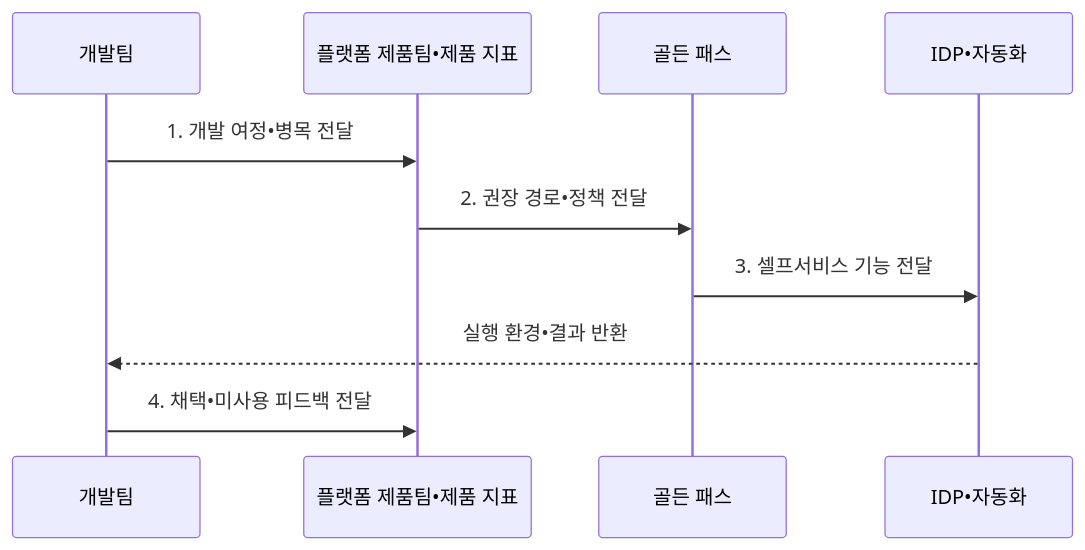
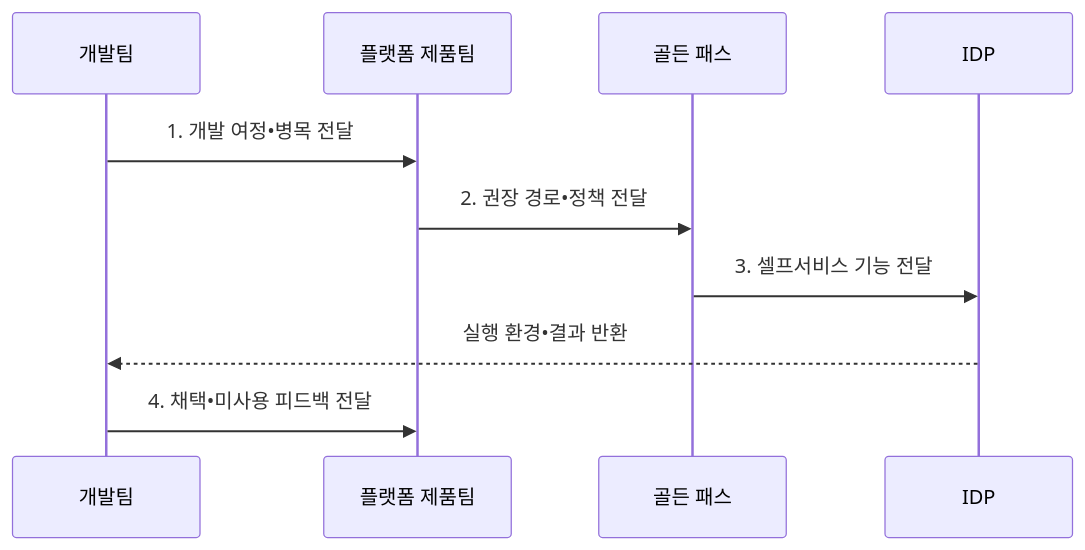
The second of 2 diagrams in src/content/docs/notes/08-latest-tech/175_platform_engineering.md (agnusdei1207/knowledge-base), drawn with Mermaid before and after one commit. The commit also changed other lines of this file and 20 other files, not shown here.

````diff
--- a/src/content/docs/notes/08-latest-tech/175_platform_engineering.md
+++ b/src/content/docs/notes/08-latest-tech/175_platform_engineering.md
@@ -104,12 +113,12 @@
 ```mermaid
 sequenceDiagram
     participant D as 개발팀
-    participant P as 플랫폼 제품팀•제품 지표
+    participant P as 플랫폼 제품팀
     participant G as 골든 패스
-    participant I as IDP•자동화
+    participant I as IDP
     D->>P: 1. 개발 여정•병목 전달
     P->>G: 2. 권장 경로•정책 전달
     G->>I: 3. 셀프서비스 기능 전달
     I-->>D: 실행 환경•결과 반환
     D->>P: 4. 채택•미사용 피드백 전달
 ```
````
